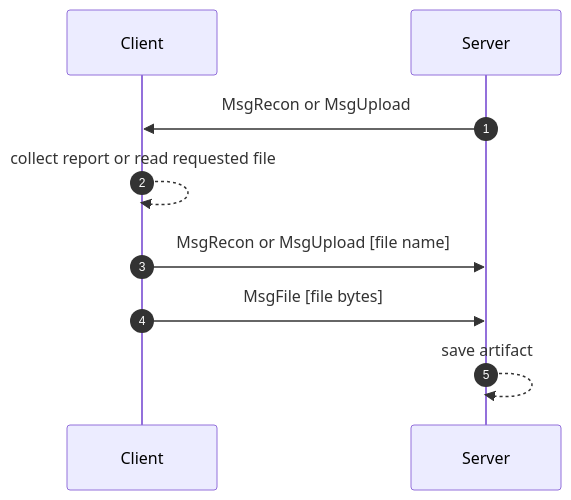
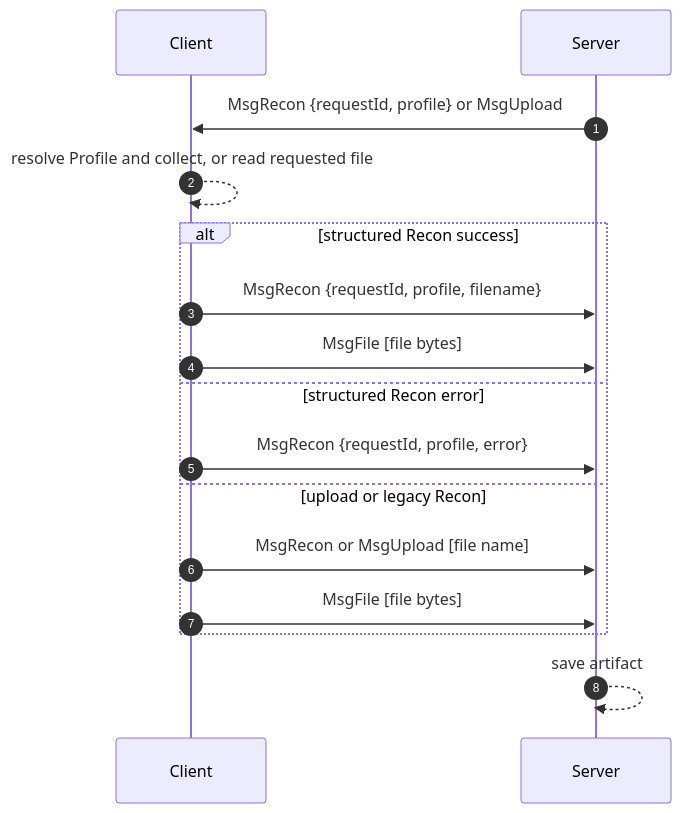
The second of 6 diagrams in content/docs/(siren)/protocol.mdx (SignorMercurio/siren_docs), drawn with Mermaid before and after one commit. The commit also changed other lines of this file and 15 other files, not shown here.

````diff
--- a/content/docs/(siren)/protocol.mdx
+++ b/content/docs/(siren)/protocol.mdx
@@ -113,11 +116,18 @@
 ```mermaid
 sequenceDiagram
     autonumber
     participant C as Client
     participant S as Server
-    S->>C: MsgRecon or MsgUpload
-    C-->>C: collect report or read requested file
-    C->>S: MsgRecon or MsgUpload [file name]
-    C->>S: MsgFile [file bytes]
+    S->>C: MsgRecon {requestId, profile} or MsgUpload
+    C-->>C: resolve Profile and collect, or read requested file
+    alt structured Recon success
+        C->>S: MsgRecon {requestId, profile, filename}
+        C->>S: MsgFile [file bytes]
+    else structured Recon error
+        C->>S: MsgRecon {requestId, profile, error}
+    else upload or legacy Recon
+        C->>S: MsgRecon or MsgUpload [file name]
+        C->>S: MsgFile [file bytes]
+    end
     S-->>S: save artifact
 ```
````
